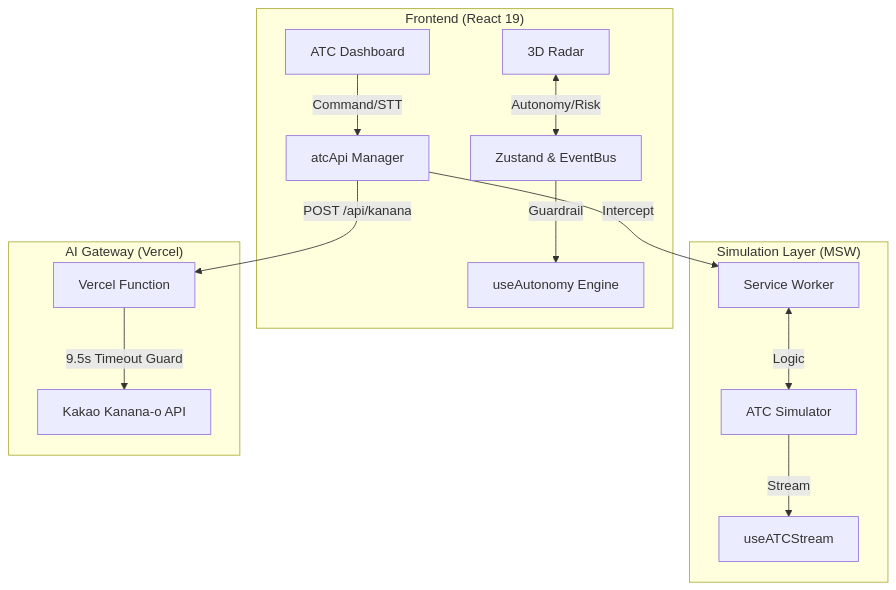
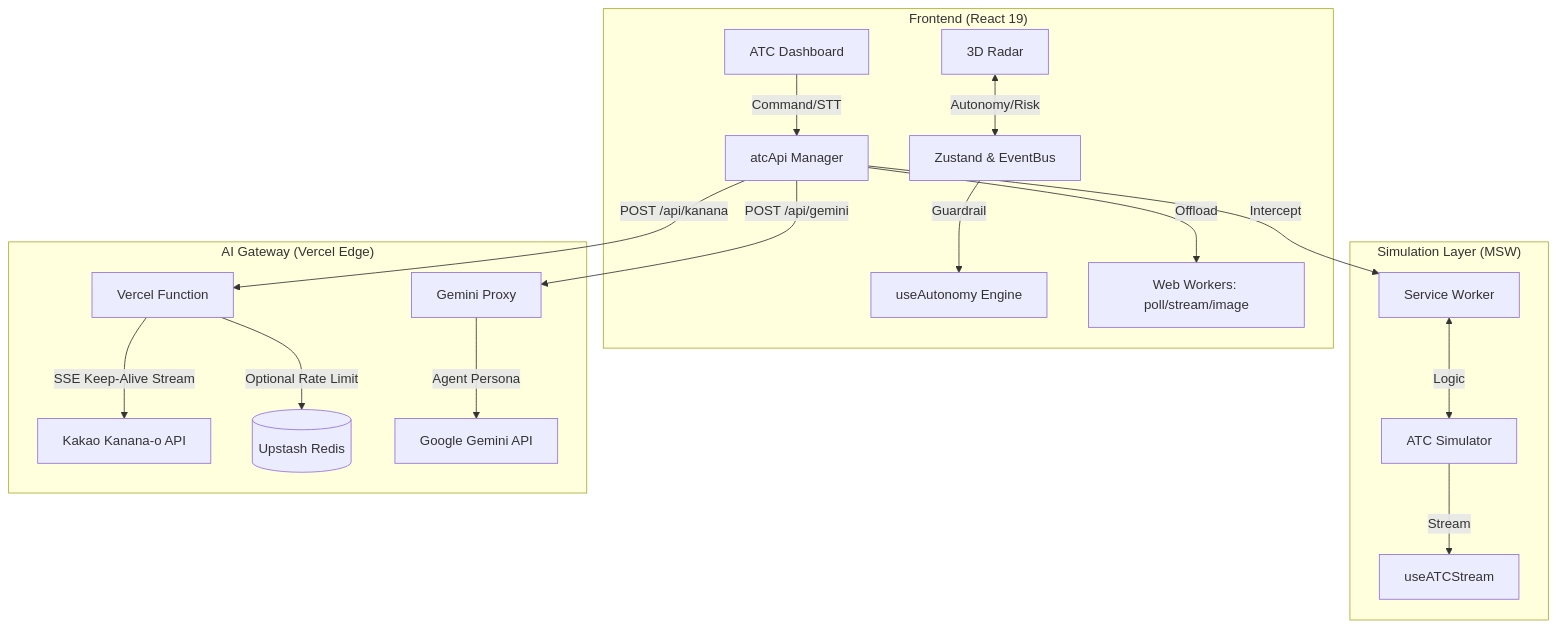
One commit to 209512/kanana-atc changed the diagram in README.md. Above: the diagram before and after it, drawn with Mermaid. The commit also changed other lines of this file and 107 other files, not shown here.

````diff
--- a/README.md
+++ b/README.md
@@ -68,19 +77,23 @@
 ```mermaid
 graph TD
     subgraph "Frontend (React 19)"
         UI[ATC Dashboard] -->|Command/STT| API[atcApi Manager]
         Radar[3D Radar] <-->|Autonomy/Risk| Store[Zustand & EventBus]
         Store -->|Guardrail| Autonomy[useAutonomy Engine]
+        API -->|Offload| Worker[Web Workers: poll/stream/image]
     end
 
     subgraph "Simulation Layer (MSW)"
-        API -->|Intercept| Worker[Service Worker]
-        Worker <-->|Logic| Sim[ATC Simulator]
-        Sim -->|Stream| Stream[useATCStream]
+        API -->|Intercept| MSW[Service Worker]
+        MSW <-->|Logic| Sim[ATC Simulator]
+        Sim -->|Stream| StreamHook[useATCStream]
     end
 
-    subgraph "AI Gateway (Vercel)"
+    subgraph "AI Gateway (Vercel Edge)"
         API -->|POST /api/kanana| Vercel[Vercel Function]
-        Vercel -->|9.5s Timeout Guard| Kanana[Kakao Kanana-o API]
+        Vercel -->|SSE Keep-Alive Stream| Kanana[Kakao Kanana-o API]
+        Vercel -->|Optional Rate Limit| Redis[(Upstash Redis)]
+        API -->|POST /api/gemini| VercelGemini[Gemini Proxy]
+        VercelGemini -->|Agent Persona| Gemini[Google Gemini API]
     end
 ```
````
